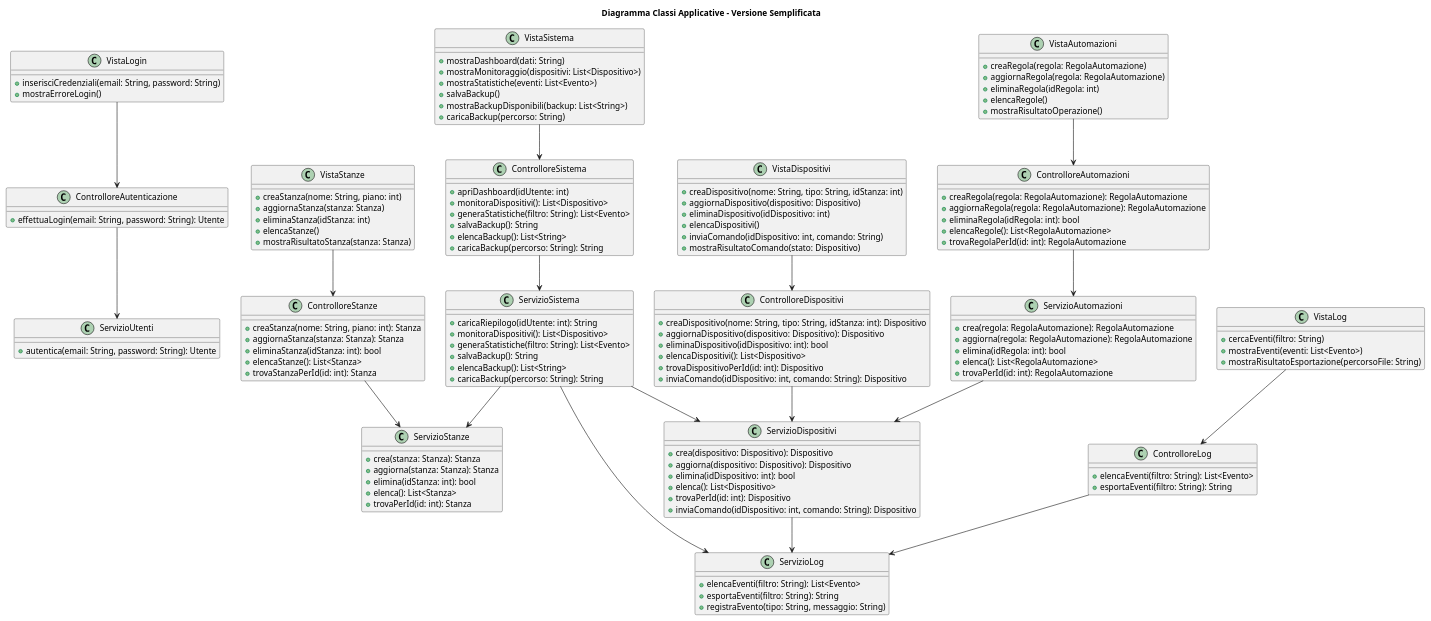
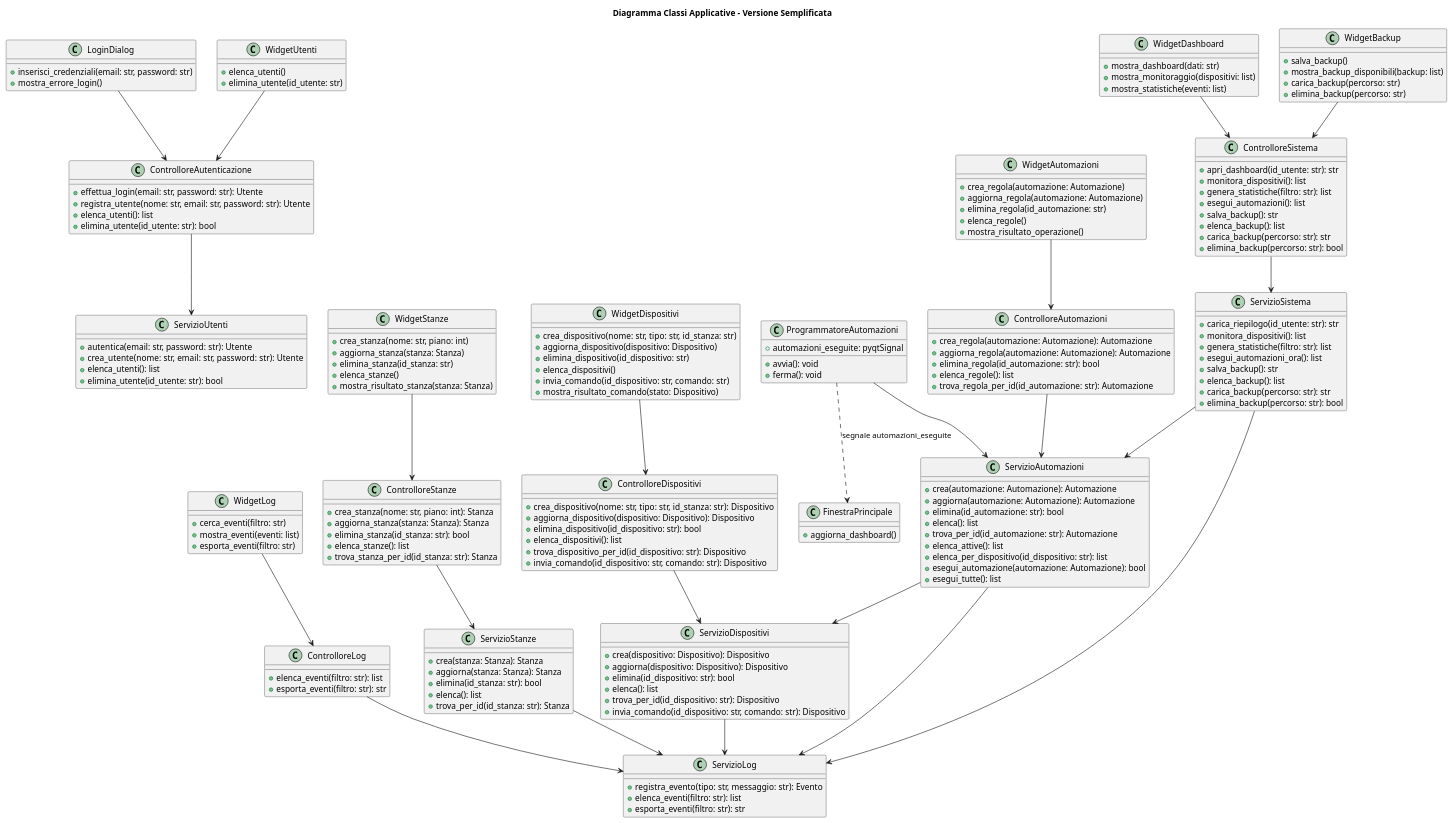
The diagram in diagramma_classi/classi_applicative.puml (LapoCremonesi/ingegneria_del_software), drawn with PlantUML before and after one commit. The commit also changed 69 other files, not shown here.

```diff
--- a/diagramma_classi/classi_applicative.puml
+++ b/diagramma_classi/classi_applicative.puml
@@ -1,159 +1,198 @@
 @startuml
 title Diagramma Classi Applicative - Versione Semplificata
 
-' ==================== VISTE ====================
-class VistaLogin {
-  +inserisciCredenziali(email: String, password: String)
-  +mostraErroreLogin()
+' ==================== VISTE (Widget) ====================
+class LoginDialog {
+  +inserisci_credenziali(email: str, password: str)
+  +mostra_errore_login()
 }
 
-class VistaStanze {
-  +creaStanza(nome: String, piano: int)
-  +aggiornaStanza(stanza: Stanza)
-  +eliminaStanza(idStanza: int)
-  +elencaStanze()
-  +mostraRisultatoStanza(stanza: Stanza)
+class WidgetStanze {
+  +crea_stanza(nome: str, piano: int)
+  +aggiorna_stanza(stanza: Stanza)
+  +elimina_stanza(id_stanza: str)
+  +elenca_stanze()
+  +mostra_risultato_stanza(stanza: Stanza)
 }
 
-class VistaDispositivi {
-  +creaDispositivo(nome: String, tipo: String, idStanza: int)
-  +aggiornaDispositivo(dispositivo: Dispositivo)
-  +eliminaDispositivo(idDispositivo: int)
-  +elencaDispositivi()
-  +inviaComando(idDispositivo: int, comando: String)
-  +mostraRisultatoComando(stato: Dispositivo)
+class WidgetDispositivi {
+  +crea_dispositivo(nome: str, tipo: str, id_stanza: str)
+  +aggiorna_dispositivo(dispositivo: Dispositivo)
+  +elimina_dispositivo(id_dispositivo: str)
+  +elenca_dispositivi()
+  +invia_comando(id_dispositivo: str, comando: str)
+  +mostra_risultato_comando(stato: Dispositivo)
 }
 
-class VistaAutomazioni {
-  +creaRegola(regola: RegolaAutomazione)
-  +aggiornaRegola(regola: RegolaAutomazione)
-  +eliminaRegola(idRegola: int)
-  +elencaRegole()
-  +mostraRisultatoOperazione()
+class WidgetAutomazioni {
+  +crea_regola(automazione: Automazione)
+  +aggiorna_regola(automazione: Automazione)
+  +elimina_regola(id_automazione: str)
+  +elenca_regole()
+  +mostra_risultato_operazione()
 }
 
-class VistaLog {
-  +cercaEventi(filtro: String)
-  +mostraEventi(eventi: List<Evento>)
-  +mostraRisultatoEsportazione(percorsoFile: String)
+class WidgetLog {
+  +cerca_eventi(filtro: str)
+  +mostra_eventi(eventi: list)
+  +esporta_eventi(filtro: str)
 }
 
-class VistaSistema {
-  +mostraDashboard(dati: String)
-  +mostraMonitoraggio(dispositivi: List<Dispositivo>)
-  +mostraStatistiche(eventi: List<Evento>)
-  +salvaBackup()
-  +mostraBackupDisponibili(backup: List<String>)
-  +caricaBackup(percorso: String)
+class WidgetDashboard {
+  +mostra_dashboard(dati: str)
+  +mostra_monitoraggio(dispositivi: list)
+  +mostra_statistiche(eventi: list)
+}
+
+class WidgetBackup {
+  +salva_backup()
+  +mostra_backup_disponibili(backup: list)
+  +carica_backup(percorso: str)
+  +elimina_backup(percorso: str)
+}
+
+class WidgetUtenti {
+  +elenca_utenti()
+  +elimina_utente(id_utente: str)
+}
+
+class FinestraPrincipale {
+  +aggiorna_dashboard()
 }
 
 ' ==================== CONTROLLORI ====================
 class ControlloreAutenticazione {
-  +effettuaLogin(email: String, password: String): Utente
+  +effettua_login(email: str, password: str): Utente
+  +registra_utente(nome: str, email: str, password: str): Utente
+  +elenca_utenti(): list
+  +elimina_utente(id_utente: str): bool
 }
 
 class ControlloreStanze {
-  +creaStanza(nome: String, piano: int): Stanza
-  +aggiornaStanza(stanza: Stanza): Stanza
-  +eliminaStanza(idStanza: int): bool
-  +elencaStanze(): List<Stanza>
-  +trovaStanzaPerId(id: int): Stanza
+  +crea_stanza(nome: str, piano: int): Stanza
+  +aggiorna_stanza(stanza: Stanza): Stanza
+  +elimina_stanza(id_stanza: str): bool
+  +elenca_stanze(): list
+  +trova_stanza_per_id(id_stanza: str): Stanza
 }
 
 class ControlloreDispositivi {
-  +creaDispositivo(nome: String, tipo: String, idStanza: int): Dispositivo
-  +aggiornaDispositivo(dispositivo: Dispositivo): Dispositivo
-  +eliminaDispositivo(idDispositivo: int): bool
-  +elencaDispositivi(): List<Dispositivo>
-  +trovaDispositivoPerId(id: int): Dispositivo
-  +inviaComando(idDispositivo: int, comando: String): Dispositivo
+  +crea_dispositivo(nome: str, tipo: str, id_stanza: str): Dispositivo
+  +aggiorna_dispositivo(dispositivo: Dispositivo): Dispositivo
+  +elimina_dispositivo(id_dispositivo: str): bool
+  +elenca_dispositivi(): list
+  +trova_dispositivo_per_id(id_dispositivo: str): Dispositivo
+  +invia_comando(id_dispositivo: str, comando: str): Dispositivo
 }
 
 class ControlloreAutomazioni {
-  +creaRegola(regola: RegolaAutomazione): RegolaAutomazione
-  +aggiornaRegola(regola: RegolaAutomazione): RegolaAutomazione
-  +eliminaRegola(idRegola: int): bool
-  +elencaRegole(): List<RegolaAutomazione>
-  +trovaRegolaPerId(id: int): RegolaAutomazione
+  +crea_regola(automazione: Automazione): Automazione
+  +aggiorna_regola(automazione: Automazione): Automazione
+  +elimina_regola(id_automazione: str): bool
+  +elenca_regole(): list
+  +trova_regola_per_id(id_automazione: str): Automazione
 }
 
 class ControlloreLog {
-  +elencaEventi(filtro: String): List<Evento>
-  +esportaEventi(filtro: String): String
+  +elenca_eventi(filtro: str): list
+  +esporta_eventi(filtro: str): str
 }
 
 class ControlloreSistema {
-  +apriDashboard(idUtente: int)
-  +monitoraDispositivi(): List<Dispositivo>
-  +generaStatistiche(filtro: String): List<Evento>
-  +salvaBackup(): String
-  +elencaBackup(): List<String>
-  +caricaBackup(percorso: String): String
+  +apri_dashboard(id_utente: str): str
+  +monitora_dispositivi(): list
+  +genera_statistiche(filtro: str): list
+  +esegui_automazioni(): list
+  +salva_backup(): str
+  +elenca_backup(): list
+  +carica_backup(percorso: str): str
+  +elimina_backup(percorso: str): bool
 }
 
 ' ==================== SERVIZI ====================
 class ServizioUtenti {
-  +autentica(email: String, password: String): Utente
+  +autentica(email: str, password: str): Utente
+  +crea_utente(nome: str, email: str, password: str): Utente
+  +elenca_utenti(): list
+  +elimina_utente(id_utente: str): bool
 }
 
 class ServizioStanze {
   +crea(stanza: Stanza): Stanza
   +aggiorna(stanza: Stanza): Stanza
-  +elimina(idStanza: int): bool
-  +elenca(): List<Stanza>
-  +trovaPerId(id: int): Stanza
+  +elimina(id_stanza: str): bool
+  +elenca(): list
+  +trova_per_id(id_stanza: str): Stanza
 }
 
 class ServizioDispositivi {
   +crea(dispositivo: Dispositivo): Dispositivo
   +aggiorna(dispositivo: Dispositivo): Dispositivo
-  +elimina(idDispositivo: int): bool
-  +elenca(): List<Dispositivo>
-  +trovaPerId(id: int): Dispositivo
-  +inviaComando(idDispositivo: int, comando: String): Dispositivo
+  +elimina(id_dispositivo: str): bool
+  +elenca(): list
+  +trova_per_id(id_dispositivo: str): Dispositivo
+  +invia_comando(id_dispositivo: str, comando: str): Dispositivo
 }
 
 class ServizioAutomazioni {
-  +crea(regola: RegolaAutomazione): RegolaAutomazione
-  +aggiorna(regola: RegolaAutomazione): RegolaAutomazione
-  +elimina(idRegola: int): bool
-  +elenca(): List<RegolaAutomazione>
-  +trovaPerId(id: int): RegolaAutomazione
+  +crea(automazione: Automazione): Automazione
+  +aggiorna(automazione: Automazione): Automazione
+  +elimina(id_automazione: str): bool
+  +elenca(): list
+  +trova_per_id(id_automazione: str): Automazione
+  +elenca_attive(): list
+  +elenca_per_dispositivo(id_dispositivo: str): list
+  +esegui_automazione(automazione: Automazione): bool
+  +esegui_tutte(): list
+}
+
+class ProgrammatoreAutomazioni {
+  +automazioni_eseguite: pyqtSignal
+  +avvia(): void
+  +ferma(): void
 }
 
 class ServizioLog {
-  +elencaEventi(filtro: String): List<Evento>
-  +esportaEventi(filtro: String): String
-  +registraEvento(tipo: String, messaggio: String)
+  +registra_evento(tipo: str, messaggio: str): Evento
+  +elenca_eventi(filtro: str): list
+  +esporta_eventi(filtro: str): str
 }
 
 class ServizioSistema {
-  +caricaRiepilogo(idUtente: int): String
-  +monitoraDispositivi(): List<Dispositivo>
-  +generaStatistiche(filtro: String): List<Evento>
-  +salvaBackup(): String
-  +elencaBackup(): List<String>
-  +caricaBackup(percorso: String): String
+  +carica_riepilogo(id_utente: str): str
+  +monitora_dispositivi(): list
+  +genera_statistiche(filtro: str): list
+  +esegui_automazioni_ora(): list
+  +salva_backup(): str
+  +elenca_backup(): list
+  +carica_backup(percorso: str): str
+  +elimina_backup(percorso: str): bool
 }
 
 ' ==================== RELAZIONI ====================
-VistaLogin --> ControlloreAutenticazione
-VistaStanze --> ControlloreStanze
-VistaDispositivi --> ControlloreDispositivi
-VistaAutomazioni --> ControlloreAutomazioni
-VistaLog --> ControlloreLog
-VistaSistema --> ControlloreSistema
+LoginDialog --> ControlloreAutenticazione
+WidgetStanze --> ControlloreStanze
+WidgetDispositivi --> ControlloreDispositivi
+WidgetAutomazioni --> ControlloreAutomazioni
+WidgetLog --> ControlloreLog
+WidgetDashboard --> ControlloreSistema
+WidgetBackup --> ControlloreSistema
+WidgetUtenti --> ControlloreAutenticazione
 
 ControlloreAutenticazione --> ServizioUtenti
 ControlloreStanze --> ServizioStanze
 ControlloreDispositivi --> ServizioDispositivi
 ControlloreAutomazioni --> ServizioAutomazioni
 ControlloreLog --> ServizioLog
 ControlloreSistema --> ServizioSistema
 
+ProgrammatoreAutomazioni --> ServizioAutomazioni
+ProgrammatoreAutomazioni ..> FinestraPrincipale : segnale automazioni_eseguite
+
+ServizioStanze --> ServizioLog
 ServizioDispositivi --> ServizioLog
 ServizioAutomazioni --> ServizioDispositivi
-ServizioSistema --> ServizioDispositivi
+ServizioAutomazioni --> ServizioLog
 ServizioSistema --> ServizioLog
-ServizioSistema --> ServizioStanze
+ServizioSistema --> ServizioAutomazioni
 @enduml
```
